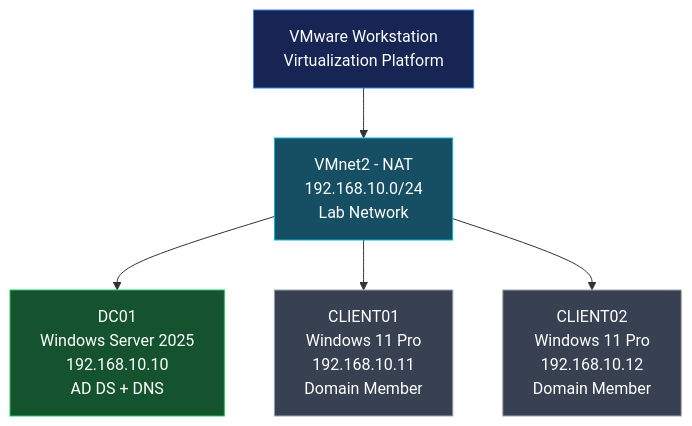
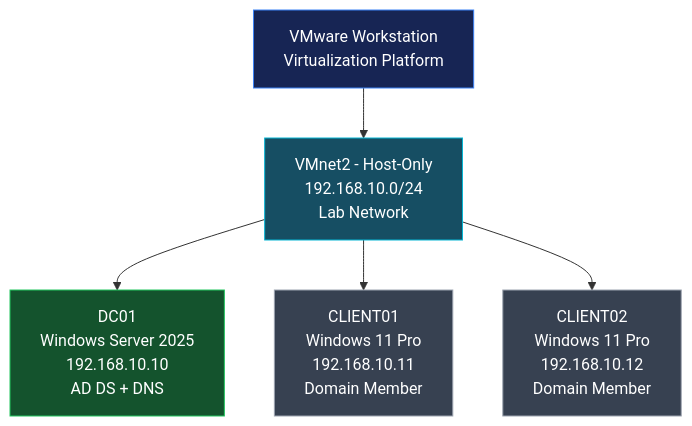
Before and after one commit to Nin-Kanong/Network-System-Administration: the diagram in 02. Setup Environments/03. Setup VMnet as isolated network.md, drawn with Mermaid. The commit also changed other lines of this file, not shown here.

Commit message:
Update 03. Setup VMnet as isolated network.md

````diff
--- a/02. Setup Environments/03. Setup VMnet as isolated network.md
+++ b/02. Setup Environments/03. Setup VMnet as isolated network.md
@@ -14,15 +14,15 @@
 ```mermaid
 flowchart TB
     A["VMware Workstation<br/>Virtualization Platform"]
-    A --> B["VMnet2 - NAT<br/>192.168.10.0/24<br/>Lab Network"]
+    A --> B["VMnet2 - Host-Only<br/>192.168.10.0/24<br/>Lab Network"]
 
     B --> C["DC01<br/>Windows Server 2025<br/>192.168.10.10<br/>AD DS + DNS"]
     B --> D["CLIENT01<br/>Windows 11 Pro<br/>192.168.10.11<br/>Domain Member"]
     B --> E["CLIENT02<br/>Windows 11 Pro<br/>192.168.10.12<br/>Domain Member"]
 
     style A fill:#172554,stroke:#3b82f6,color:#ffffff
     style B fill:#164e63,stroke:#06b6d4,color:#ffffff
     style C fill:#14532d,stroke:#22c55e,color:#ffffff
     style D fill:#374151,stroke:#9ca3af,color:#ffffff
     style E fill:#374151,stroke:#9ca3af,color:#ffffff
 ```
````
